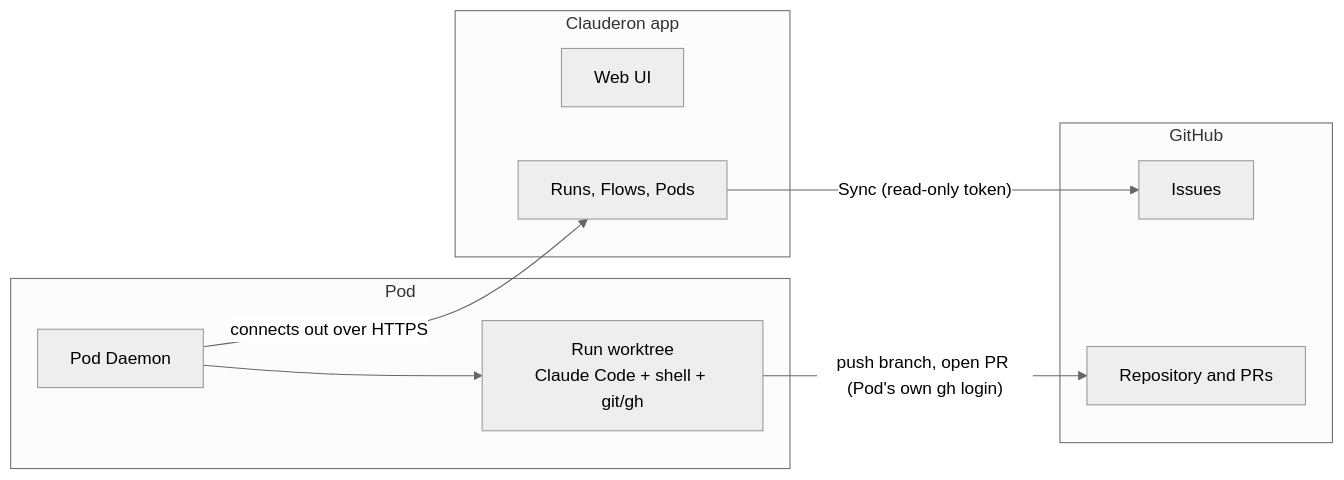
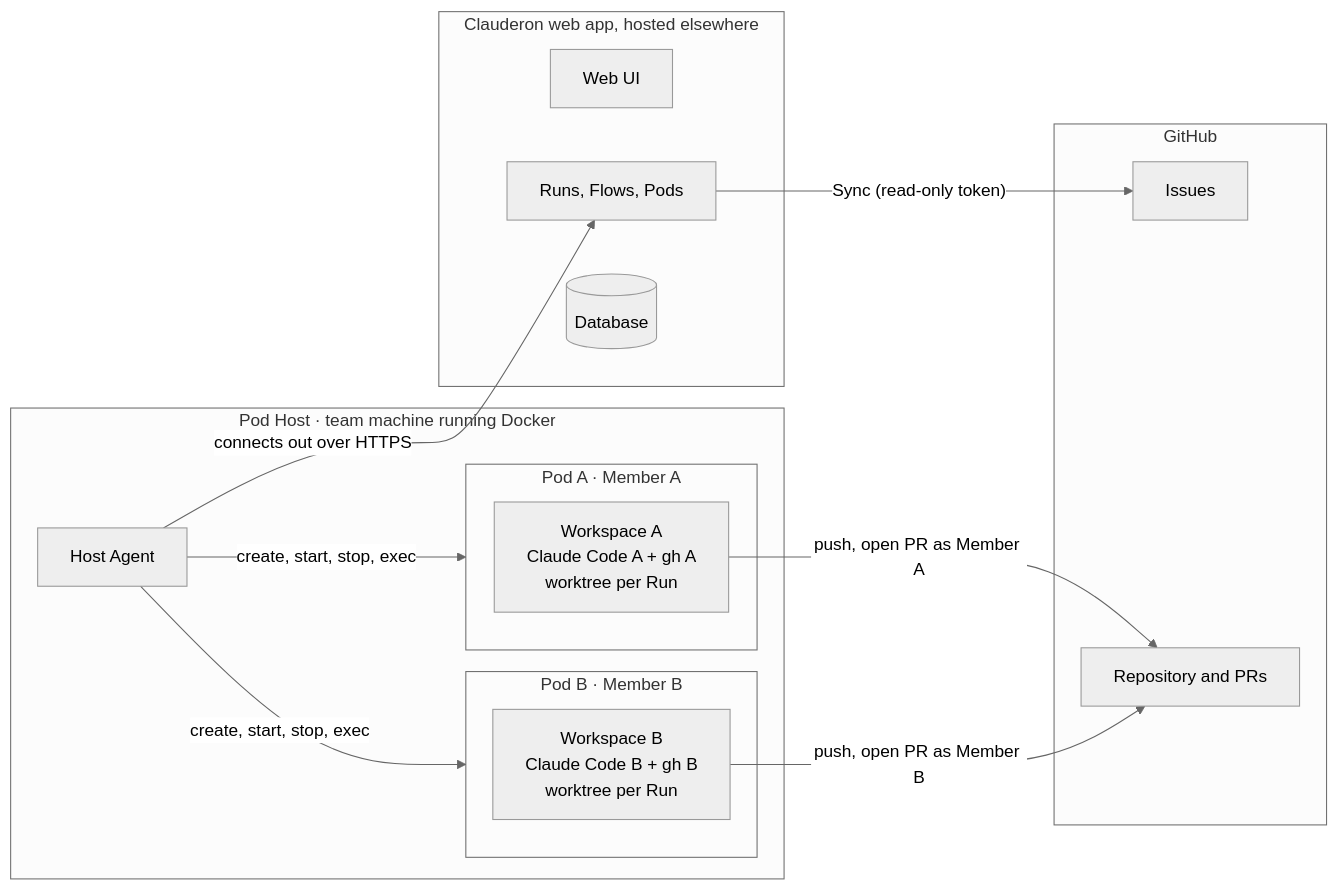
One commit to toinguyen-agilityio/clauderon changed the second of 3 diagrams in docs/requirements/final/v1-requirements.md. Above: the diagram before and after it, drawn with Mermaid (neutral theme). The commit also changed other lines of this file and 8 other files, not shown here.

First line of the commit message:
docs: run pods as per-member docker containers

````diff
--- a/docs/requirements/final/v1-requirements.md
+++ b/docs/requirements/final/v1-requirements.md
@@ -33,19 +32,27 @@
 ```mermaid
 flowchart LR
   subgraph GH[GitHub]
     Issues[Issues]
     Repo[Repository and PRs]
   end
-  subgraph App[Clauderon app]
+  subgraph App[Clauderon web app, hosted elsewhere]
     UI[Web UI]
     Core[Runs, Flows, Pods]
+    DB[(Database)]
   end
-  subgraph Pod[Pod]
-    Daemon[Pod Daemon]
-    WT["Run worktree<br/>Claude Code + shell + git/gh"]
+  subgraph Host["Pod Host · team machine running Docker"]
+    Agent[Host Agent]
+    subgraph PodA["Pod A · Member A"]
+      WA["Workspace A<br/>Claude Code A + gh A<br/>worktree per Run"]
+    end
+    subgraph PodB["Pod B · Member B"]
+      WB["Workspace B<br/>Claude Code B + gh B<br/>worktree per Run"]
+    end
   end
   Core -- "Sync (read-only token)" --> Issues
-  Daemon -- connects out over HTTPS --> Core
-  Daemon --> WT
-  WT -- "push branch, open PR (Pod's own gh login)" --> Repo
+  Agent -- connects out over HTTPS --> Core
+  Agent -- "create, start, stop, exec" --> PodA
+  Agent -- "create, start, stop, exec" --> PodB
+  WA -- "push, open PR as Member A" --> Repo
+  WB -- "push, open PR as Member B" --> Repo
 ```
````
